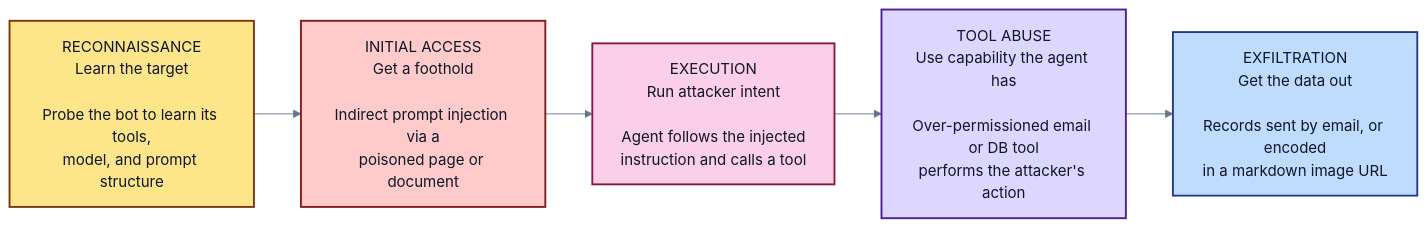
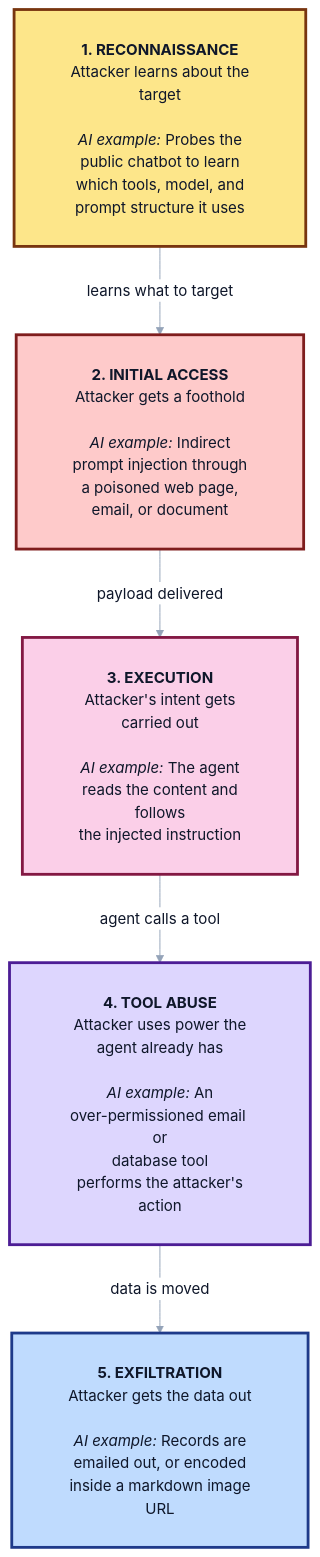
Before and after one commit to Sheharyar-Sarmad/ai-zero-to-hero: the second of 3 diagrams in 30_ai_shield/01_threat_modeling/README.md, drawn with Mermaid. The commit also changed other lines of this file and 1 other file, not shown here.

````diff
--- a/30_ai_shield/01_threat_modeling/README.md
+++ b/30_ai_shield/01_threat_modeling/README.md
@@ -215,17 +268,33 @@
 ```mermaid
-%%{init: {'theme':'base','themeVariables':{'fontFamily':'ui-sans-serif, system-ui, sans-serif','primaryColor':'#e2e8f0','primaryTextColor':'#0f172a','primaryBorderColor':'#334155','lineColor':'#64748b','textColor':'#0f172a','edgeLabelBackground':'#ffffff'}}}%%
-flowchart LR
-    classDef s1 fill:#fde68a,stroke:#78350f,stroke-width:2px,color:#0f172a
-    classDef s2 fill:#fecaca,stroke:#7f1d1d,stroke-width:2px,color:#0f172a
-    classDef s3 fill:#fbcfe8,stroke:#831843,stroke-width:2px,color:#0f172a
-    classDef s4 fill:#ddd6fe,stroke:#4c1d95,stroke-width:2px,color:#0f172a
-    classDef s5 fill:#bfdbfe,stroke:#1e3a8a,stroke-width:2px,color:#0f172a
+%%{init: {
+  'theme': 'base',
+  'themeVariables': {
+    'fontFamily': 'Arial, Helvetica, sans-serif',
+    'fontSize': '16px',
+    'primaryColor': '#e2e8f0',
+    'primaryTextColor': '#0f172a',
+    'primaryBorderColor': '#334155',
+    'lineColor': '#94a3b8',
+    'textColor': '#0f172a',
+    'edgeLabelBackground': '#ffffff'
+  },
+  'flowchart': { 'nodeSpacing': 60, 'rankSpacing': 70, 'padding': 30, 'htmlLabels': true }
+}}%%
+flowchart TB
+    classDef s1 fill:#fde68a,stroke:#78350f,stroke-width:3px,color:#0f172a
+    classDef s2 fill:#fecaca,stroke:#7f1d1d,stroke-width:3px,color:#0f172a
+    classDef s3 fill:#fbcfe8,stroke:#831843,stroke-width:3px,color:#0f172a
+    classDef s4 fill:#ddd6fe,stroke:#4c1d95,stroke-width:3px,color:#0f172a
+    classDef s5 fill:#bfdbfe,stroke:#1e3a8a,stroke-width:3px,color:#0f172a
 
-    A["RECONNAISSANCE<br/>Learn the target<br/><br/>Probe the bot to learn its tools,<br/>model, and prompt structure"]:::s1
-    B["INITIAL ACCESS<br/>Get a foothold<br/><br/>Indirect prompt injection via a<br/>poisoned page or document"]:::s2
-    C["EXECUTION<br/>Run attacker intent<br/><br/>Agent follows the injected<br/>instruction and calls a tool"]:::s3
-    D["TOOL ABUSE<br/>Use capability the agent has<br/><br/>Over-permissioned email or DB tool<br/>performs the attacker's action"]:::s4
-    E["EXFILTRATION<br/>Get the data out<br/><br/>Records sent by email, or encoded<br/>in a markdown image URL"]:::s5
+    A["<b>1. RECONNAISSANCE</b><br/>Attacker learns about the<br/>target<br/><br/><i>AI example:</i> Probes the<br/>public chatbot to learn<br/>which tools, model, and<br/>prompt structure it uses"]:::s1
+    B["<b>2. INITIAL ACCESS</b><br/>Attacker gets a foothold<br/><br/><i>AI example:</i> Indirect<br/>prompt injection through<br/>a poisoned web page,<br/>email, or document"]:::s2
+    C["<b>3. EXECUTION</b><br/>Attacker's intent gets<br/>carried out<br/><br/><i>AI example:</i> The agent<br/>reads the content and<br/>follows<br/>the injected instruction"]:::s3
+    D["<b>4. TOOL ABUSE</b><br/>Attacker uses power the<br/>agent already has<br/><br/><i>AI example:</i> An<br/>over-permissioned email or<br/>database tool<br/>performs the attacker's<br/>action"]:::s4
+    E["<b>5. EXFILTRATION</b><br/>Attacker gets the data out<br/><br/><i>AI example:</i> Records are<br/>emailed out, or encoded<br/>inside a markdown image<br/>URL"]:::s5
 
-    A --> B --> C --> D --> E
+    A -- "learns what to target" --> B
+    B -- "payload delivered" --> C
+    C -- "agent calls a tool" --> D
+    D -- "data is moved" --> E
 ```
````
